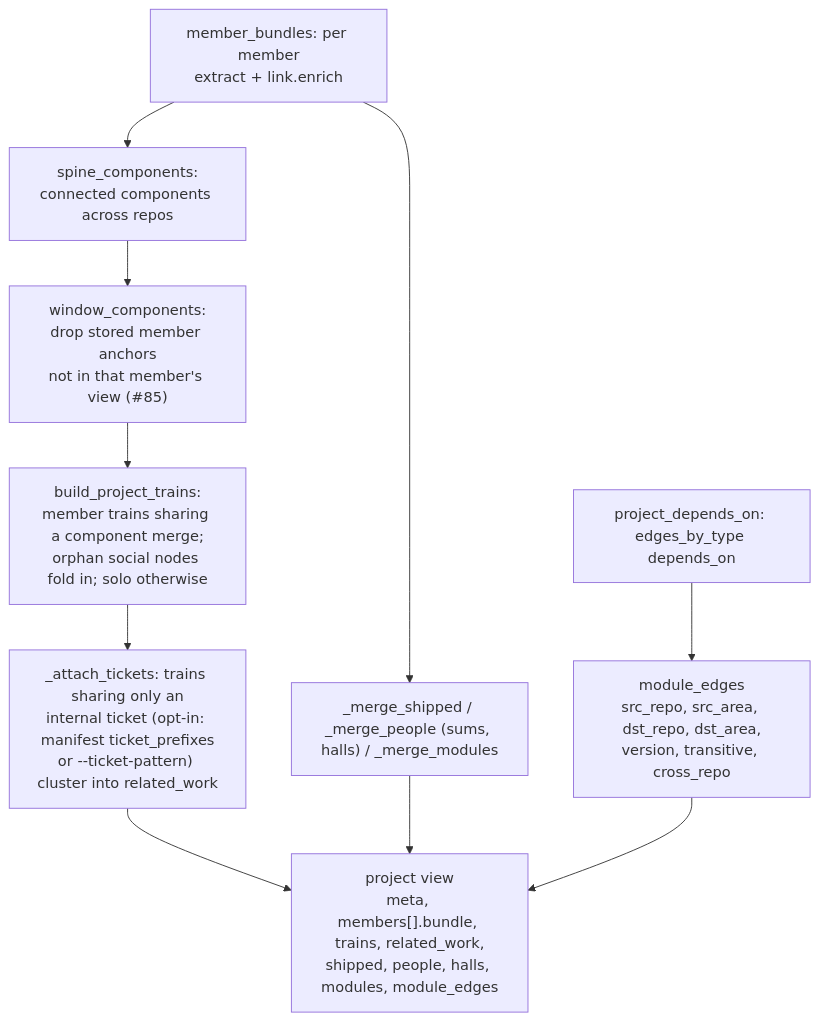
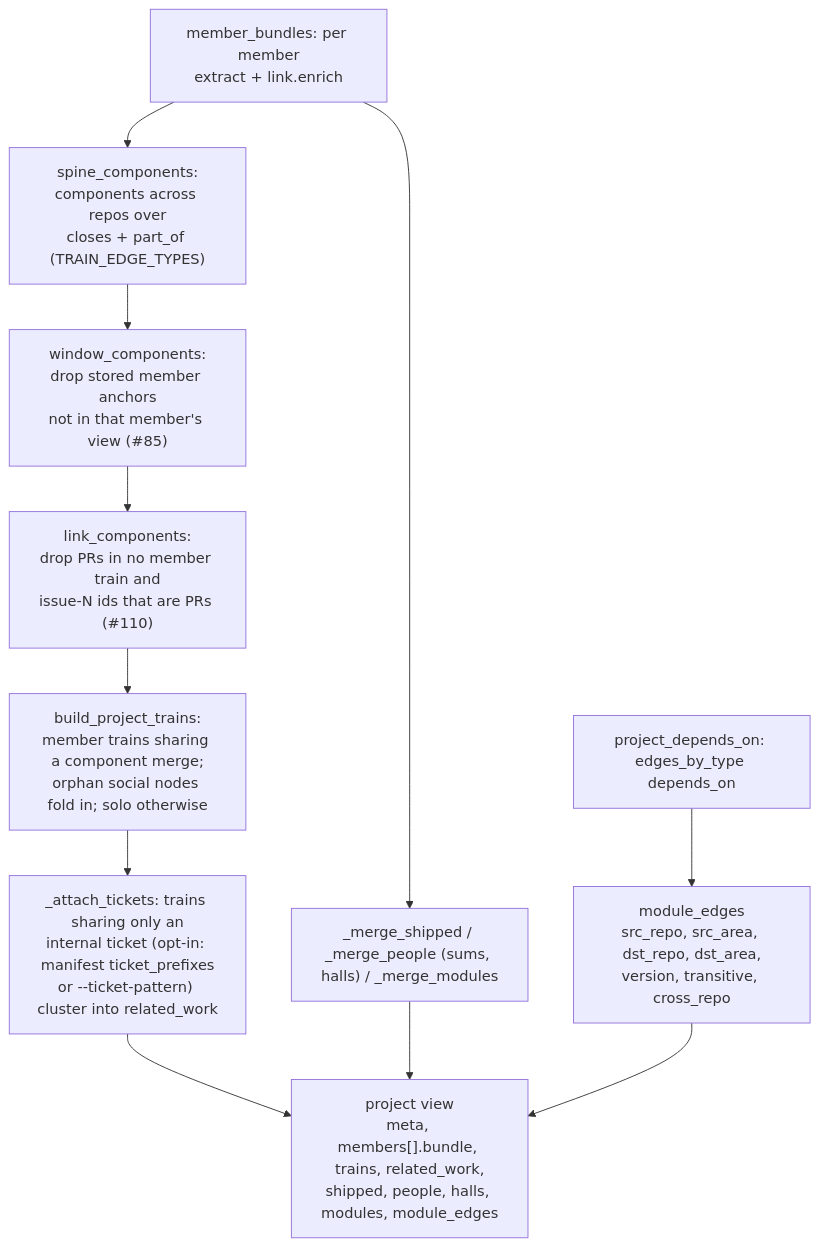
Diagram 12 of 12 in .claude/skills/activity-overview/docs/LLD.md (DamianFlynn/experiments), drawn with Mermaid before and after one commit. The commit also changed other lines of this file and 16 other files, not shown here.

First line of the commit message:
activity-overview: fix the derived-facts and diagram findings of the fresh review

````diff
--- a/.claude/skills/activity-overview/docs/LLD.md
+++ b/.claude/skills/activity-overview/docs/LLD.md
@@ -1333,12 +1364,13 @@
 ```mermaid
 flowchart TB
-  mb["member_bundles: per member<br/>extract + link.enrich"] --> sc["spine_components:<br/>connected components across repos"]
+  mb["member_bundles: per member<br/>extract + link.enrich"] --> sc["spine_components:<br/>components across repos over<br/>closes + part_of (TRAIN_EDGE_TYPES)"]
   sc --> wc["window_components:<br/>drop stored member anchors<br/>not in that member's view (#85)"]
-  wc --> bt["build_project_trains:<br/>member trains sharing a component merge;<br/>orphan social nodes fold in; solo otherwise"]
+  wc --> lc["link_components:<br/>drop PRs in no member train and<br/>issue-N ids that are PRs (#110)"]
+  lc --> bt["build_project_trains:<br/>member trains sharing a component merge;<br/>orphan social nodes fold in; solo otherwise"]
   bt --> tk["_attach_tickets: trains sharing only an<br/>internal ticket (opt-in: manifest ticket_prefixes<br/>or --ticket-pattern) cluster into related_work"]
   mb --> mg["_merge_shipped / _merge_people (sums, halls) / _merge_modules"]
   pd["project_depends_on: edges_by_type depends_on"] --> me["module_edges<br/>src_repo, src_area, dst_repo, dst_area,<br/>version, transitive, cross_repo"]
   tk --> view
   mg --> view
   me --> view["project view<br/>meta, members[].bundle, trains, related_work,<br/>shipped, people, halls, modules, module_edges"]
 ```
````
